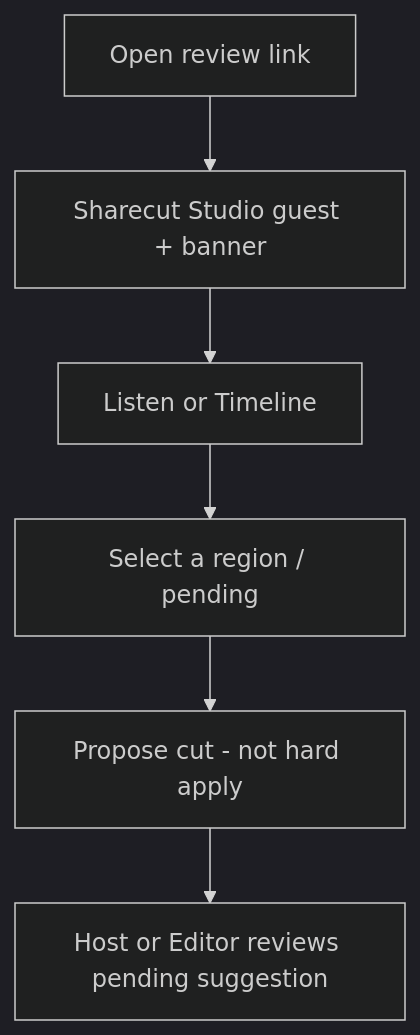
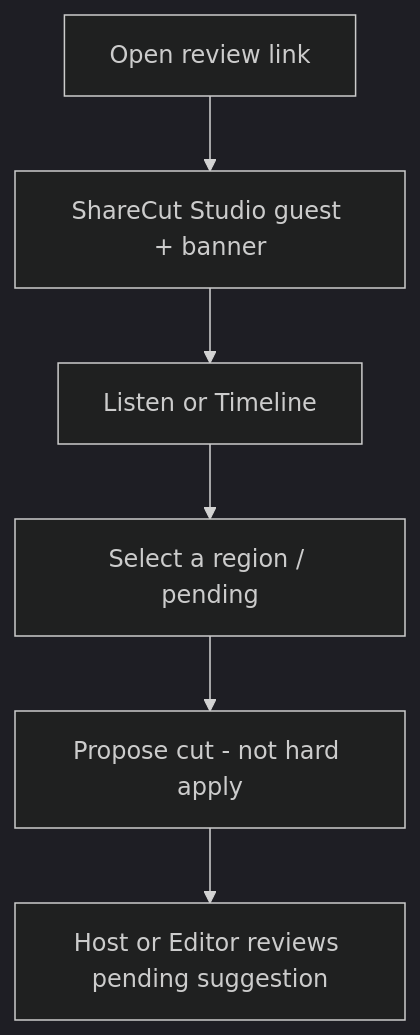
The second of 6 diagrams in ux/pages/guest-journeys.md (calebn/sharecut-studio), drawn with Mermaid (dark theme) before and after one commit. The commit also changed other lines of this file and 162 other files, not shown here.

First line of the commit message:
chore(brand): write ShareCut and ShareCut Studio with the capital C (#1923)

````diff
--- a/ux/pages/guest-journeys.md
+++ b/ux/pages/guest-journeys.md
@@ -68,8 +68,8 @@
 ```mermaid
 flowchart TD
-  open[Open review link] --> daw[Sharecut Studio guest + banner]
+  open[Open review link] --> daw[ShareCut Studio guest + banner]
   daw --> listen[Listen or Timeline]
   listen --> select[Select a region / pending]
   select --> propose[Propose cut - not hard apply]
   propose --> host[Host or Editor reviews pending suggestion]
 ```
````
